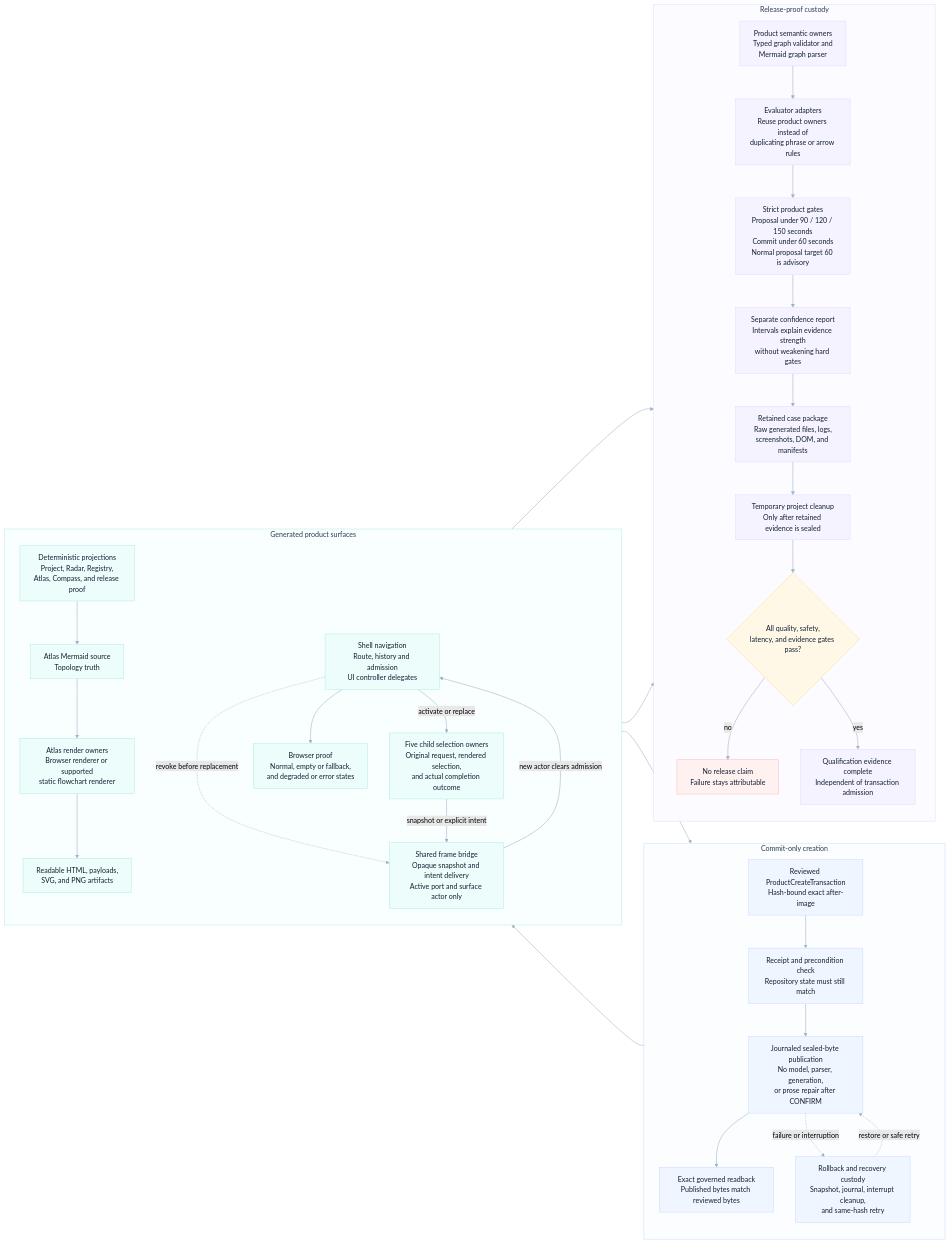
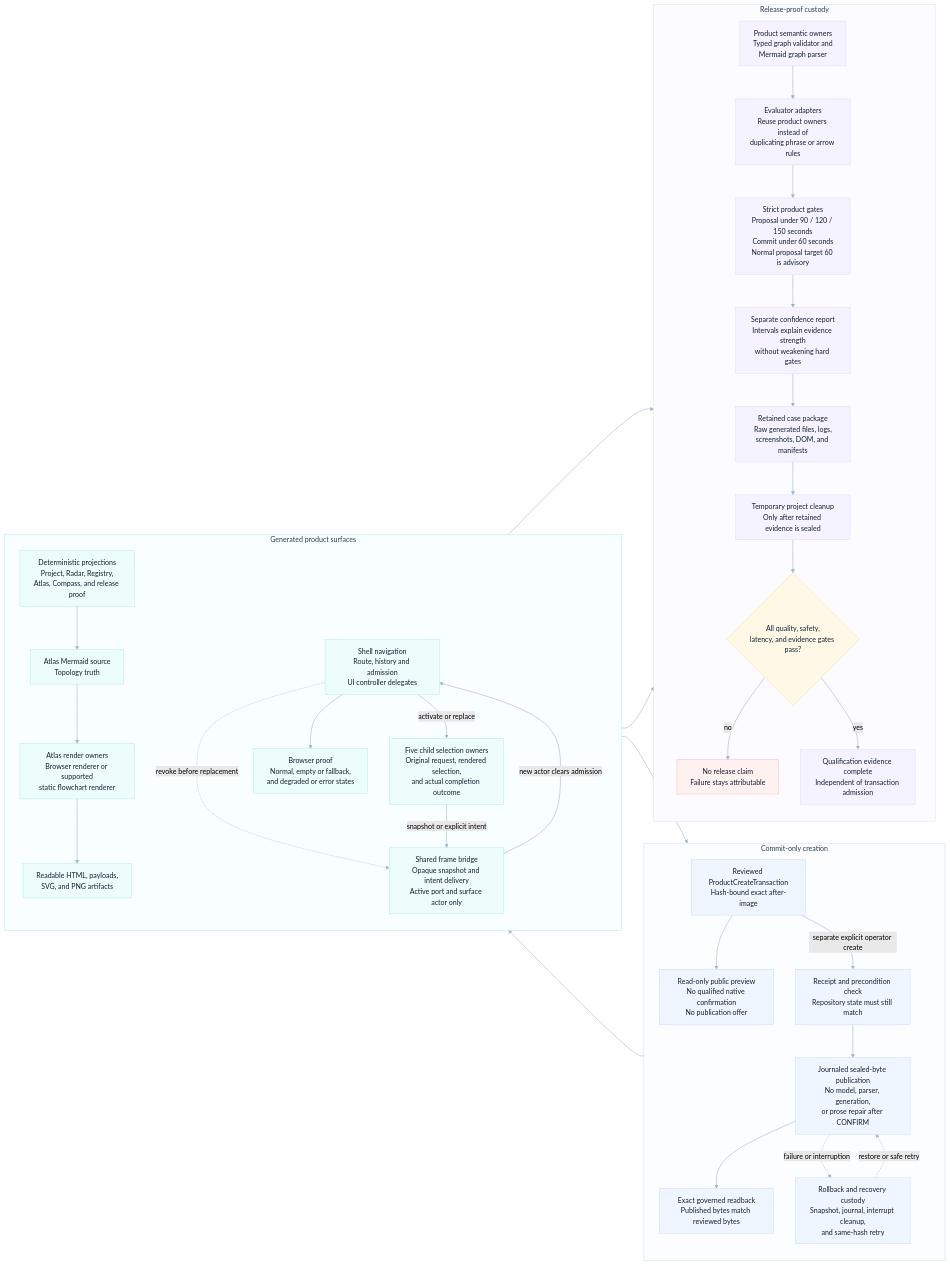
The diagram in odylith/atlas/source/greenfield-rendered-surface-and-static-atlas-custody.mmd (odylith/odylith), drawn with Mermaid (forest theme) before and after one commit. The commit also changed 90 other files, not shown here.

```diff
--- a/odylith/atlas/source/greenfield-rendered-surface-and-static-atlas-custody.mmd
+++ b/odylith/atlas/source/greenfield-rendered-surface-and-static-atlas-custody.mmd
@@ -1,66 +1,68 @@
 flowchart LR
     subgraph transaction_lane["Commit-only creation"]
       direction TB
       reviewed["Reviewed ProductCreateTransaction<br/>Hash-bound exact after-image"]
+      preview["Read-only public preview<br/>No qualified native confirmation<br/>No publication offer"]
       preconditions["Receipt and precondition check<br/>Repository state must still match"]
       write["Journaled sealed-byte publication<br/>No model, parser, generation,<br/>or prose repair after CONFIRM"]
       recovery["Rollback and recovery custody<br/>Snapshot, journal, interrupt cleanup,<br/>and same-hash retry"]
       readback["Exact governed readback<br/>Published bytes match reviewed bytes"]
     end
 
     subgraph surface_lane["Generated product surfaces"]
       direction TB
       projections["Deterministic projections<br/>Project, Radar, Registry,<br/>Atlas, Compass, and release proof"]
       atlas_source["Atlas Mermaid source<br/>Topology truth"]
       atlas_render["Atlas render owners<br/>Browser renderer or supported<br/>static flowchart renderer"]
       surfaces["Readable HTML, payloads,<br/>SVG, and PNG artifacts"]
       shell_navigation["Shell navigation<br/>Route, history and admission<br/>UI controller delegates"]
       child_selection["Five child selection owners<br/>Original request, rendered selection,<br/>and actual completion outcome"]
       frame_bridge["Shared frame bridge<br/>Opaque snapshot and intent delivery<br/>Active port and surface actor only"]
       browser["Browser proof<br/>Normal, empty or fallback,<br/>and degraded or error states"]
     end
 
     subgraph evidence_lane["Release-proof custody"]
       direction TB
       product_parser["Product semantic owners<br/>Typed graph validator and<br/>Mermaid graph parser"]
       evaluator["Evaluator adapters<br/>Reuse product owners instead of<br/>duplicating phrase or arrow rules"]
       strict_gate["Strict product gates<br/>Proposal under 90 / 120 / 150 seconds<br/>Commit under 60 seconds<br/>Normal proposal target 60 is advisory"]
       confidence["Separate confidence report<br/>Intervals explain evidence strength<br/>without weakening hard gates"]
       retain["Retained case package<br/>Raw generated files, logs,<br/>screenshots, DOM, and manifests"]
       cleanup["Temporary project cleanup<br/>Only after retained evidence is sealed"]
       release{"All quality, safety,<br/>latency, and evidence gates pass?"}
       blocker["No release claim<br/>Failure stays attributable"]
       qualified["Qualification evidence complete<br/>Independent of transaction admission"]
     end
 
-    reviewed --> preconditions --> write --> readback
+    reviewed --> preview
+    reviewed -- "separate explicit operator create" --> preconditions --> write --> readback
     write -. "failure or interruption" .-> recovery
     recovery -. "restore or safe retry" .-> write
     projections --> atlas_source --> atlas_render --> surfaces --> reviewed
     readback --> shell_navigation
     shell_navigation -- "activate or replace" --> child_selection
     shell_navigation -. "revoke before replacement" .-> frame_bridge
     child_selection -- "snapshot or explicit intent" --> frame_bridge
     frame_bridge -- "new actor clears admission" --> shell_navigation
     shell_navigation --> browser
     product_parser --> evaluator
     projections --> evaluator
     browser --> evaluator --> strict_gate --> confidence --> retain --> cleanup --> release
     release -- "no" --> blocker
     release -- "yes" --> qualified
 
     classDef primary fill:#EFF6FF,stroke:#BFD7FE,color:#132033,stroke-width:1px;
     classDef execution fill:#ECFDFB,stroke:#A7E9E3,color:#132033,stroke-width:1px;
     classDef governance fill:#F5F3FF,stroke:#DDD6FE,color:#132033,stroke-width:1px;
     classDef constraint fill:#FFF8E6,stroke:#F6D98B,color:#132033,stroke-width:1px;
     classDef invalid fill:#FFF1F0,stroke:#F7B4AE,color:#132033,stroke-width:1px;
-    class reviewed,preconditions,write,recovery,readback primary;
+    class reviewed,preview,preconditions,write,recovery,readback primary;
     class projections,atlas_source,atlas_render,surfaces,shell_navigation,child_selection,frame_bridge,browser execution;
     class product_parser,evaluator,strict_gate,confidence,retain,cleanup,qualified governance;
     class release constraint;
     class blocker invalid;
 
     style transaction_lane fill:#FBFDFF,stroke:#BFD7FE,stroke-width:1px,color:#293D52
     style surface_lane fill:#F8FFFE,stroke:#A7E9E3,stroke-width:1px,color:#293D52
     style evidence_lane fill:#FCFBFF,stroke:#DDD6FE,stroke-width:1px,color:#293D52
     linkStyle default stroke:#9FB2C8,stroke-width:1.25px
```
